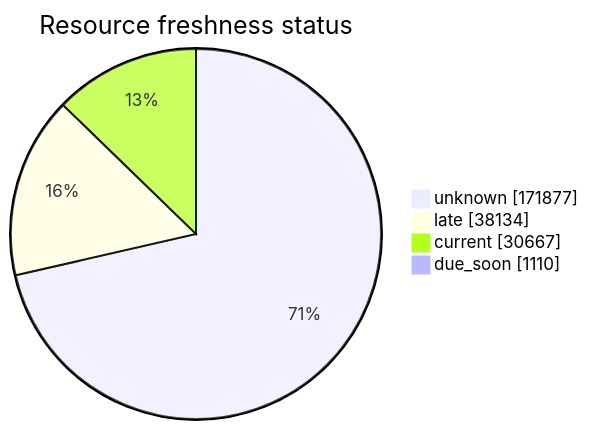
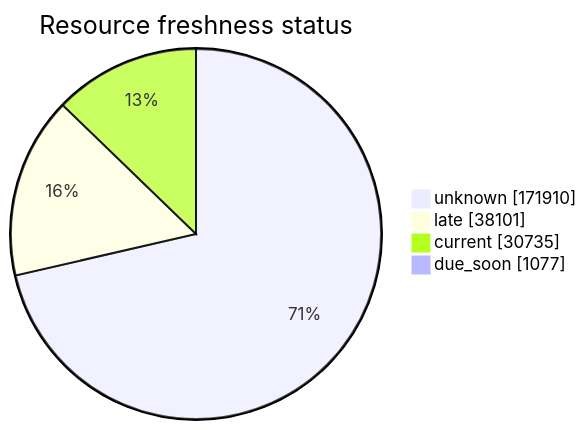
The third of 5 diagrams in FreshCheck/README.md (open-data/analytics-corporate-reporting), drawn with Mermaid before and after one commit. The commit also changed other lines of this file and 3 other files, not shown here.

````diff
--- a/FreshCheck/README.md
+++ b/FreshCheck/README.md
@@ -77,7 +77,7 @@
 ```mermaid
 pie showData title Resource freshness status
-    "unknown": 171877
-    "late": 38134
-    "current": 30667
-    "due_soon": 1110
+    "unknown": 171910
+    "late": 38101
+    "current": 30735
+    "due_soon": 1077
 ```
````
